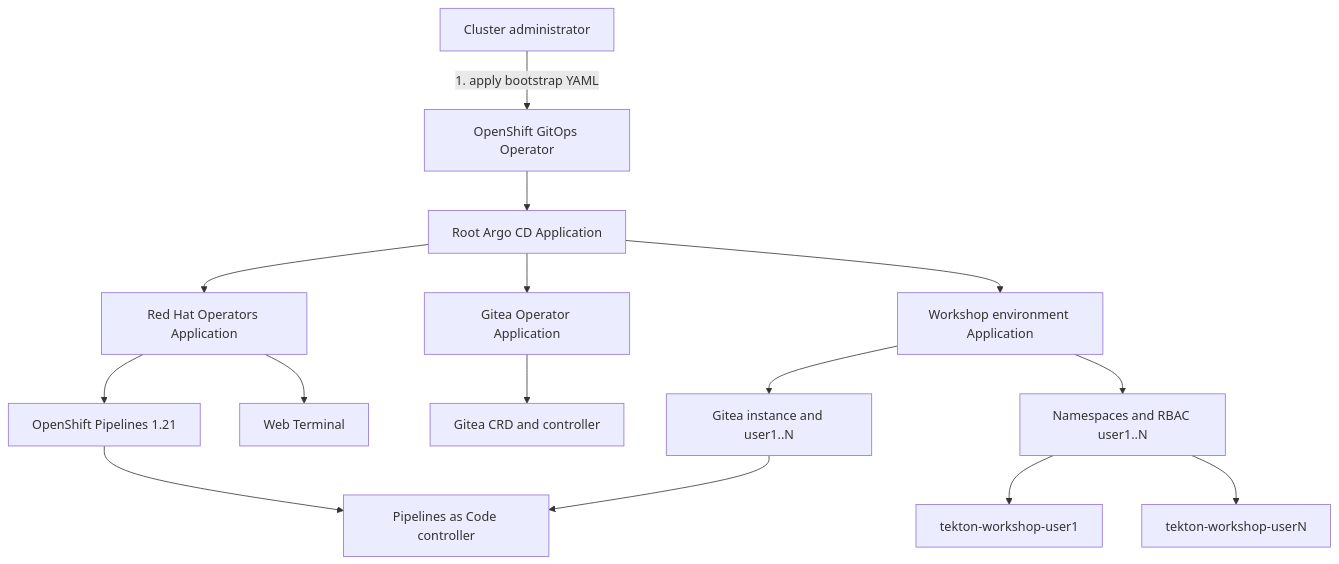
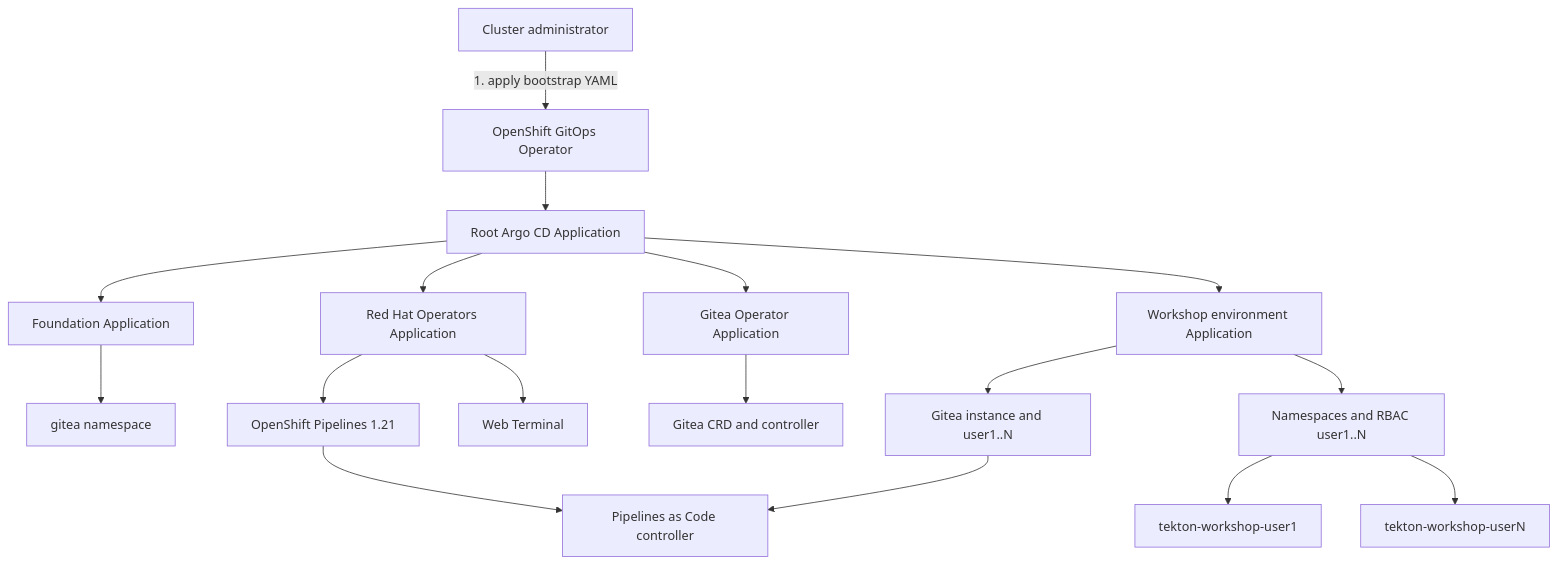
One commit to bmeklund/tekton-workshop-gitops changed the diagram in docs/architecture.md. Above: the diagram before and after it, drawn with Mermaid. The commit also changed other lines of this file and 9 other files, not shown here.

````diff
--- a/docs/architecture.md
+++ b/docs/architecture.md
@@ -9,17 +9,19 @@
 ```mermaid
 flowchart TD
     A[Cluster administrator] -->|1. apply bootstrap YAML| G[OpenShift GitOps Operator]
     G --> R[Root Argo CD Application]
+    R --> F[Foundation Application]
     R --> O[Red Hat Operators Application]
     R --> GO[Gitea Operator Application]
     R --> E[Workshop environment Application]
+    F --> FN[gitea namespace]
     O --> P[OpenShift Pipelines 1.21]
     O --> W[Web Terminal]
     GO --> GC[Gitea CRD and controller]
     E --> GI[Gitea instance and user1..N]
     E --> U[Namespaces and RBAC user1..N]
     P --> PAC[Pipelines as Code controller]
     U --> T1[tekton-workshop-user1]
     U --> TN[tekton-workshop-userN]
     GI --> PAC
 ```
````
